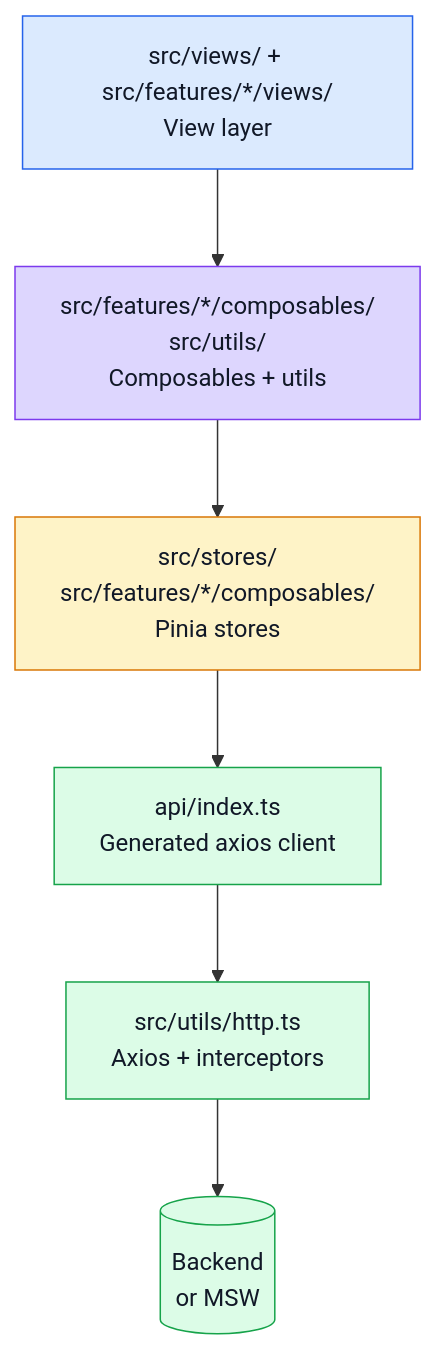
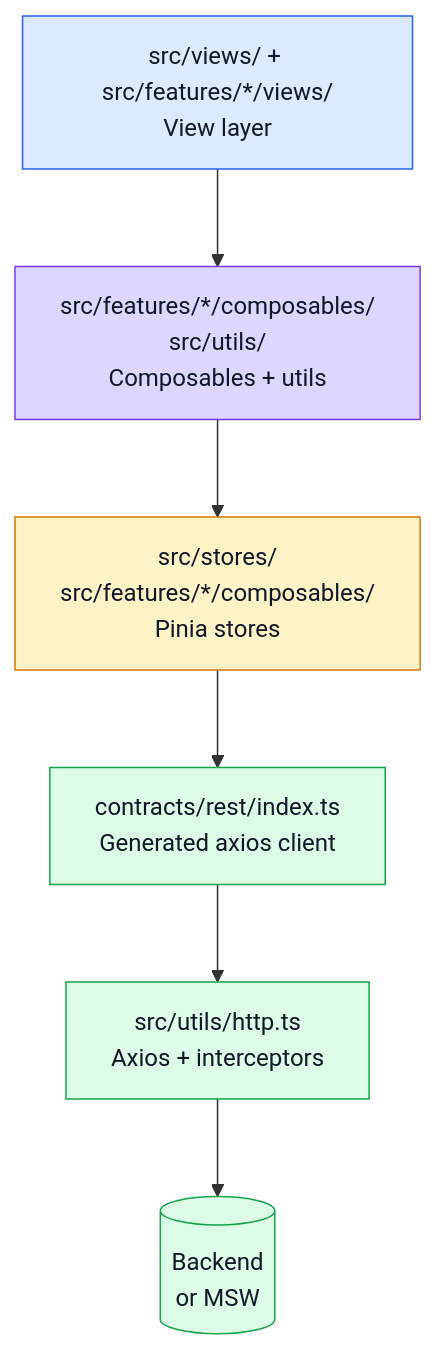
One commit to Guebbit/boilerplate-vue-frontend changed the first of 2 diagrams in docs/theory/layers.md. Above: the diagram before and after it, drawn with Mermaid. The commit also changed other lines of this file and 99 other files, not shown here.

````diff
--- a/docs/theory/layers.md
+++ b/docs/theory/layers.md
@@ -8,18 +8,18 @@
 ```mermaid
 %%{init: {'flowchart': {'nodeSpacing': 45, 'rankSpacing': 65}}}%%
 flowchart TD
     A["src/views/ + src/features/*/views/\nView layer"] --> B["src/features/*/composables/\nsrc/utils/\nComposables + utils"]
     B --> C["src/stores/\nsrc/features/*/composables/\nPinia stores"]
-    C --> D["api/index.ts\nGenerated axios client"]
+    C --> D["contracts/rest/index.ts\nGenerated axios client"]
     D --> E["src/utils/http.ts\nAxios + interceptors"]
     E --> F[("Backend\nor MSW")]
 
     classDef view fill:#dbeafe,stroke:#2563eb,color:#111827;
     classDef comp fill:#ddd6fe,stroke:#7c3aed,color:#111827;
     classDef store fill:#fef3c7,stroke:#d97706,color:#111827;
     classDef http fill:#dcfce7,stroke:#16a34a,color:#111827;
     class A view;
     class B comp;
     class C store;
     class D,E,F http;
 ```
````
